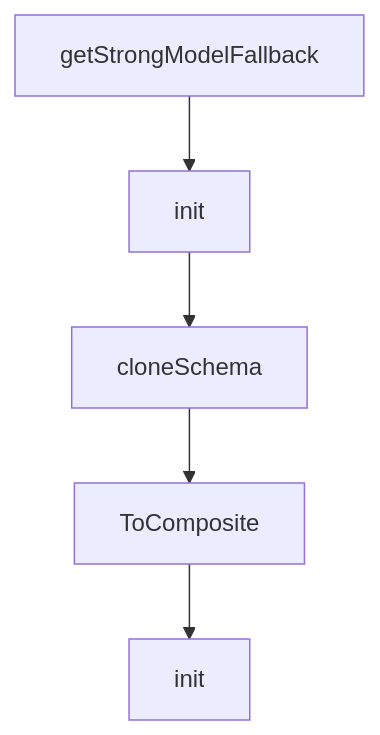
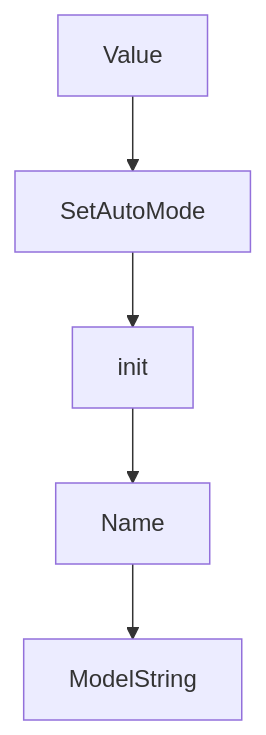
The diagram in tutorials/plandex-tutorial/03-context-management-at-scale.md (johnxie/awesome-code-docs), drawn with Mermaid before and after one commit. The commit also changed other lines of this file and 1232 other files, not shown here.

````diff
--- a/tutorials/plandex-tutorial/03-context-management-at-scale.md
+++ b/tutorials/plandex-tutorial/03-context-management-at-scale.md
@@ -201,12 +199,12 @@
 ```mermaid
 flowchart TD
-    A[getStrongModelFallback]
-    B[init]
-    C[cloneSchema]
-    D[ToComposite]
-    E[init]
+    A[Value]
+    B[SetAutoMode]
+    C[init]
+    D[Name]
+    E[ModelString]
     A --> B
     B --> C
     C --> D
     D --> E
 ```
````
